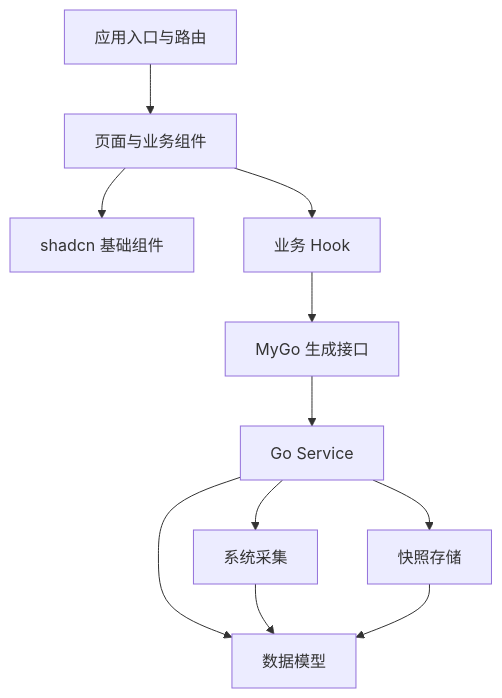
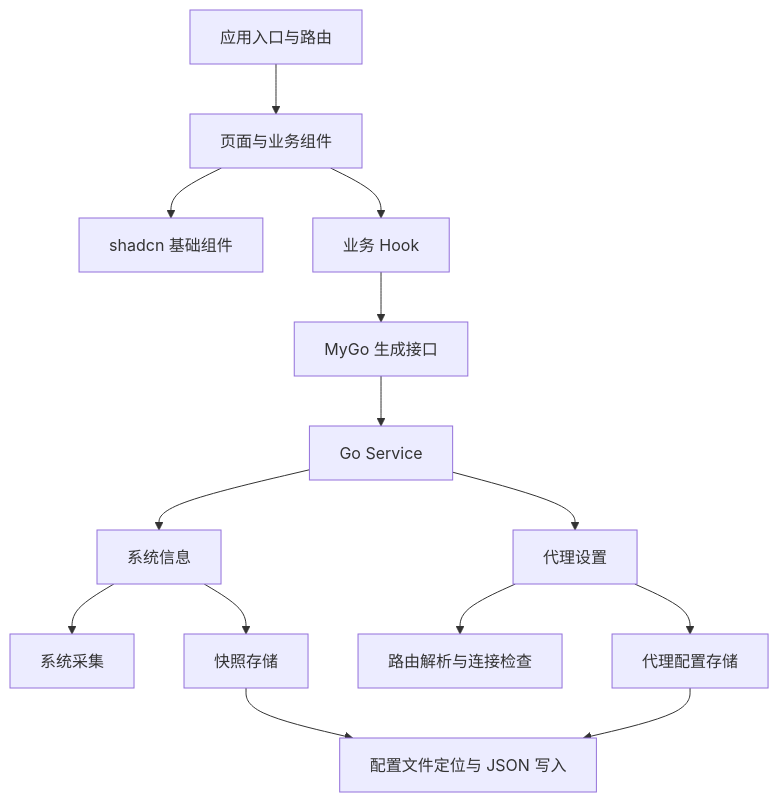
The diagram in ARCHITECTURE.md (msola-ht/devbox), drawn with Mermaid before and after one commit. The commit also changed other lines of this file and 34 other files, not shown here.

````diff
--- a/ARCHITECTURE.md
+++ b/ARCHITECTURE.md
@@ -26,13 +29,16 @@
 ```mermaid
 flowchart TD
     Entry[应用入口与路由] --> View[页面与业务组件]
     View --> UI[shadcn 基础组件]
     View --> Hook[业务 Hook]
     Hook --> Client[MyGo 生成接口]
     Client --> Service[Go Service]
-    Service --> Collector[系统采集]
-    Service --> Store[快照存储]
-    Service --> Model[数据模型]
-    Collector --> Model
-    Store --> Model
+    Service --> System[系统信息]
+    Service --> Proxy[代理设置]
+    System --> Collector[系统采集]
+    System --> Snapshot[快照存储]
+    Proxy --> Network[路由解析与连接检查]
+    Proxy --> Settings[代理配置存储]
+    Snapshot --> ConfigFile[配置文件定位与 JSON 写入]
+    Settings --> ConfigFile
 ```
````
